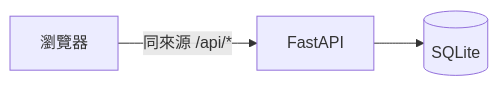
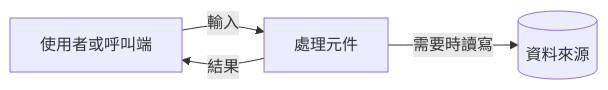
The diagram in templates/04-sad.md (happyweed/agent-skills-starter), drawn with Mermaid before and after one commit. The commit also changed other lines of this file and 32 other files, not shown here.

````diff
--- a/templates/04-sad.md
+++ b/templates/04-sad.md
@@ -11,5 +11,6 @@
 ```mermaid
 flowchart LR
-    U[瀏覽器] -->|同來源 /api/*| A[FastAPI]
-    A --> D[(SQLite)]
+    U[使用者或呼叫端] -->|輸入| A[處理元件]
+    A -->|結果| U
+    A -->|需要時讀寫| D[(資料來源)]
 ```
````
